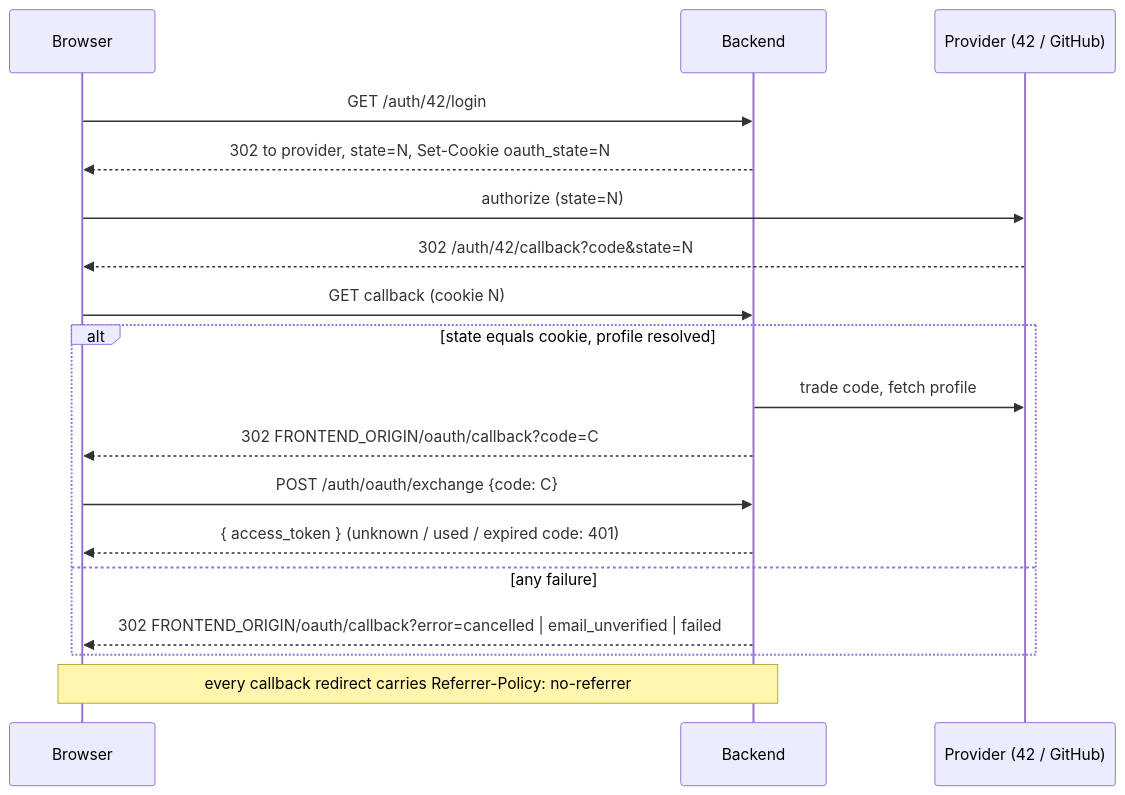
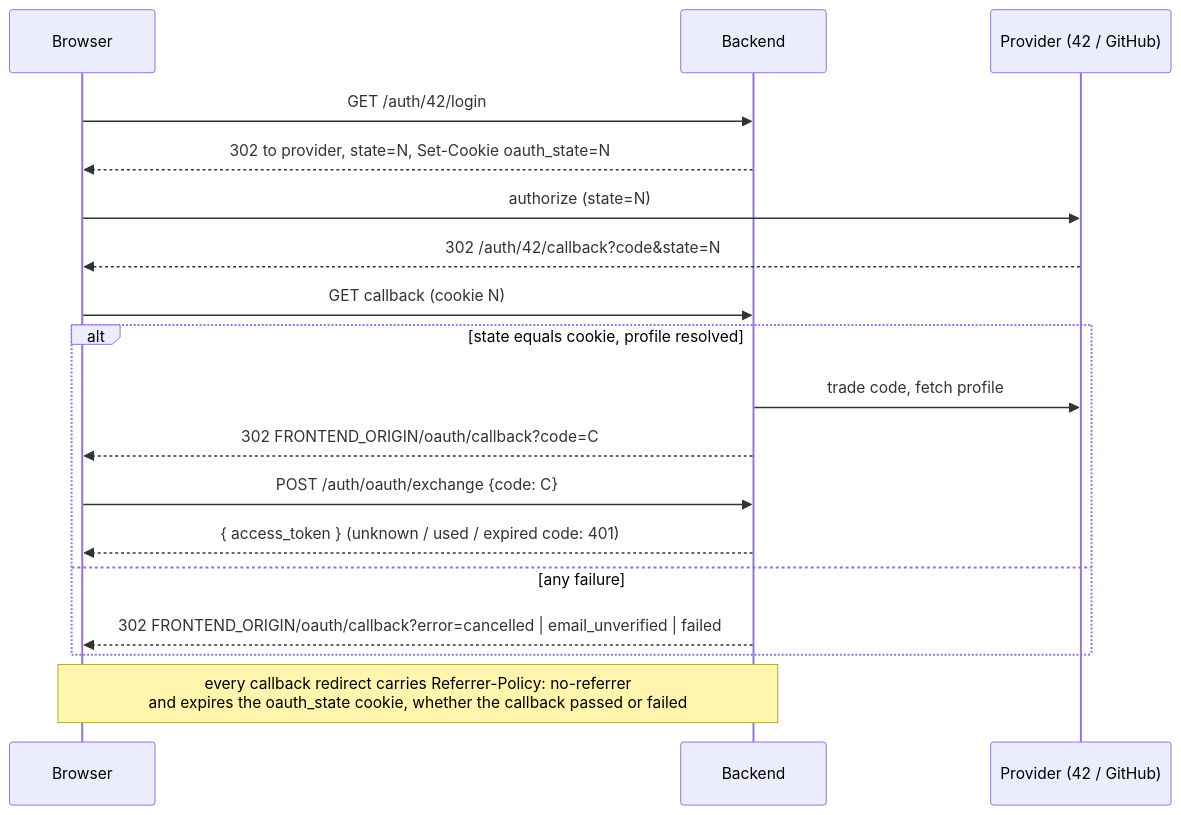
Before and after one commit to kidp8479/42_hypertube: the fourth of 7 diagrams in docs/diagrams/auth.md, drawn with Mermaid. The commit also changed 2 other files, not shown here.

Commit message:
docs(HYP-67): align the CORS, OAuth cookie and diagram docs with the code
The security checklist still listed credentials: true, and ADR-0007 and
the OAuth diagram said the state cookie is left to expire on a declined
consent, while OAuthCallbackFilter now expires it.

````diff
--- a/docs/diagrams/auth.md
+++ b/docs/diagrams/auth.md
@@ -96,20 +96,20 @@
 ```mermaid
 sequenceDiagram
     participant B as Browser
     participant A as Backend
     participant P as Provider (42 / GitHub)
     B->>A: GET /auth/42/login
     A-->>B: 302 to provider, state=N, Set-Cookie oauth_state=N
     B->>P: authorize (state=N)
     P-->>B: 302 /auth/42/callback?code&state=N
     B->>A: GET callback (cookie N)
     alt state equals cookie, profile resolved
         A->>P: trade code, fetch profile
         A-->>B: 302 FRONTEND_ORIGIN/oauth/callback?code=C
         B->>A: POST /auth/oauth/exchange {code: C}
         A-->>B: { access_token } (unknown / used / expired code: 401)
     else any failure
         A-->>B: 302 FRONTEND_ORIGIN/oauth/callback?error=cancelled | email_unverified | failed
     end
-    Note over A,B: every callback redirect carries Referrer-Policy: no-referrer
+    Note over A,B: every callback redirect carries Referrer-Policy: no-referrer<br/>and expires the oauth_state cookie, whether the callback passed or failed
 ```
````
